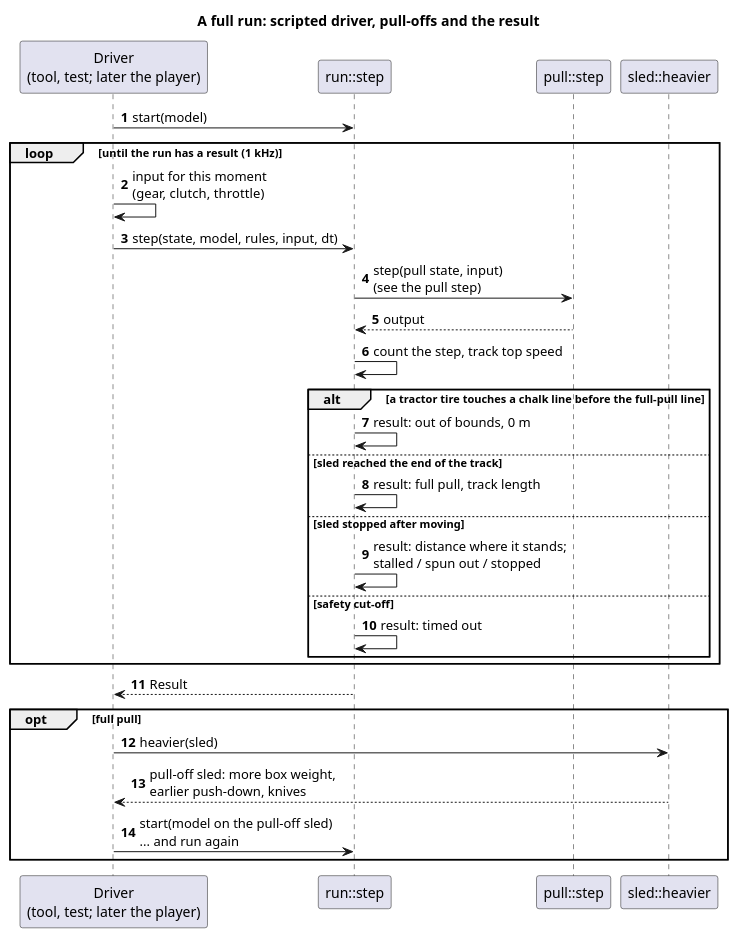
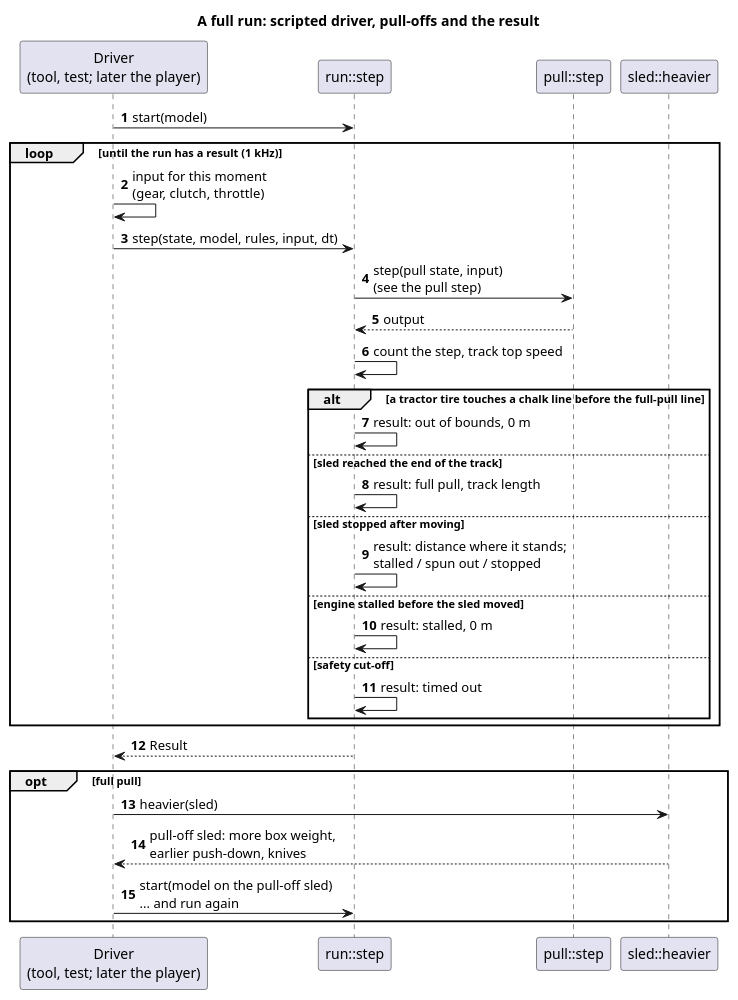
The diagram in docs/diagrams/full_run_sequence.puml (wversteeg/TractorPulling), drawn with PlantUML before and after one commit. The commit also changed 10 other files, not shown here.

First line of the commit message:
A stall before the sled moves ends the pull; HOLD from taking up the slack

```diff
--- a/docs/diagrams/full_run_sequence.puml
+++ b/docs/diagrams/full_run_sequence.puml
@@ -1,32 +1,34 @@
 @startuml full_run_sequence
 title A full run: scripted driver, pull-offs and the result
 autonumber
 participant "Driver\n(tool, test; later the player)" as Driver
 participant "run::step" as Run
 participant "pull::step" as Pull
 participant "sled::heavier" as Heavier
 
 Driver -> Run : start(model)
 loop until the run has a result (1 kHz)
   Driver -> Driver : input for this moment\n(gear, clutch, throttle)
   Driver -> Run : step(state, model, rules, input, dt)
   Run -> Pull : step(pull state, input)\n(see the pull step)
   Pull --> Run : output
   Run -> Run : count the step, track top speed
   alt a tractor tire touches a chalk line before the full-pull line
     Run -> Run : result: out of bounds, 0 m
   else sled reached the end of the track
     Run -> Run : result: full pull, track length
   else sled stopped after moving
     Run -> Run : result: distance where it stands;\nstalled / spun out / stopped
+  else engine stalled before the sled moved
+    Run -> Run : result: stalled, 0 m
   else safety cut-off
     Run -> Run : result: timed out
   end
 end
 Run --> Driver : Result
 opt full pull
   Driver -> Heavier : heavier(sled)
   Heavier --> Driver : pull-off sled: more box weight,\nearlier push-down, knives
   Driver -> Run : start(model on the pull-off sled)\n... and run again
 end
 @enduml
```
